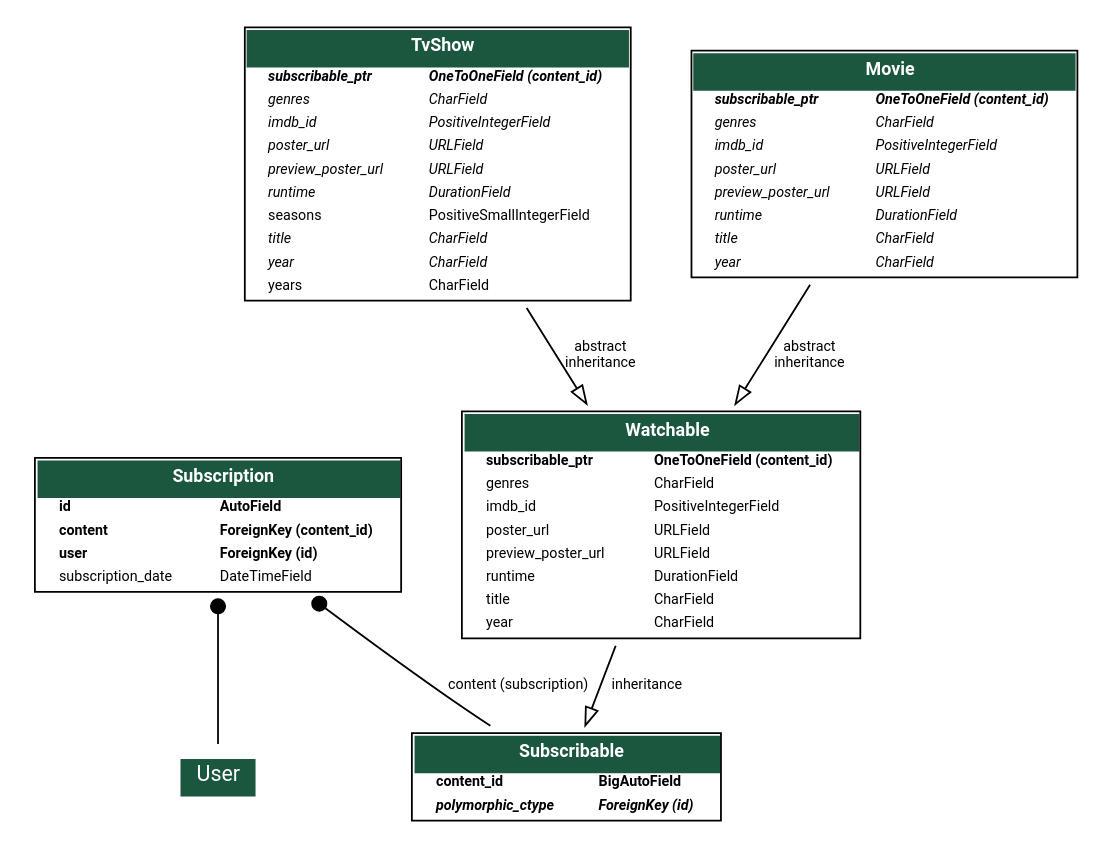
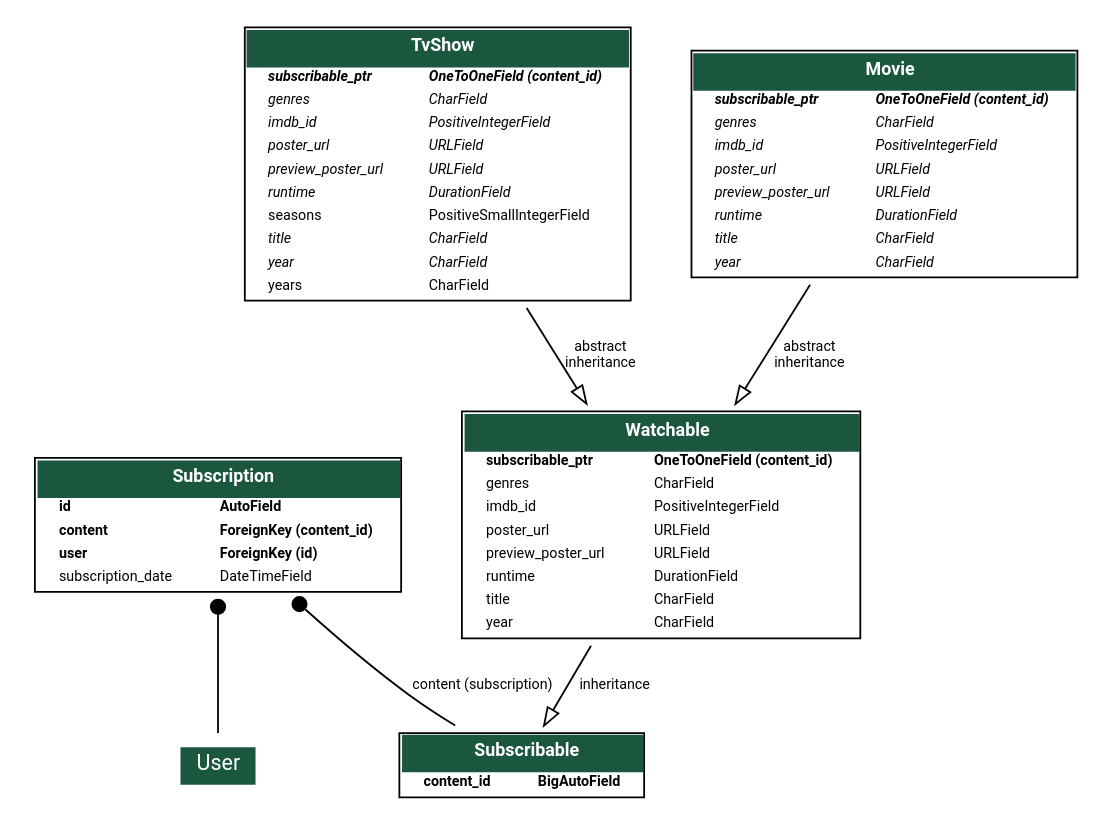
The diagram in development/models_diagram.dot (VitalikTsarik/mara2), drawn with Graphviz before and after one commit. The commit also changed 1 other file, not shown here.

Commit message:
update models diagram

```diff
--- a/development/models_diagram.dot
+++ b/development/models_diagram.dot
@@ -108,14 +108,6 @@
     <FONT FACE="Roboto"><B>content_id</B></FONT>
     </TD><TD ALIGN="LEFT">
     <FONT FACE="Roboto"><B>BigAutoField</B></FONT>
-    </TD></TR>
-
-
-
-    <TR><TD ALIGN="LEFT" BORDER="0">
-    <FONT FACE="Roboto"><I><B>polymorphic_ctype</B></I></FONT>
-    </TD><TD ALIGN="LEFT">
-    <FONT FACE="Roboto"><I><B>ForeignKey (id)</B></I></FONT>
     </TD></TR>
 
 
```
